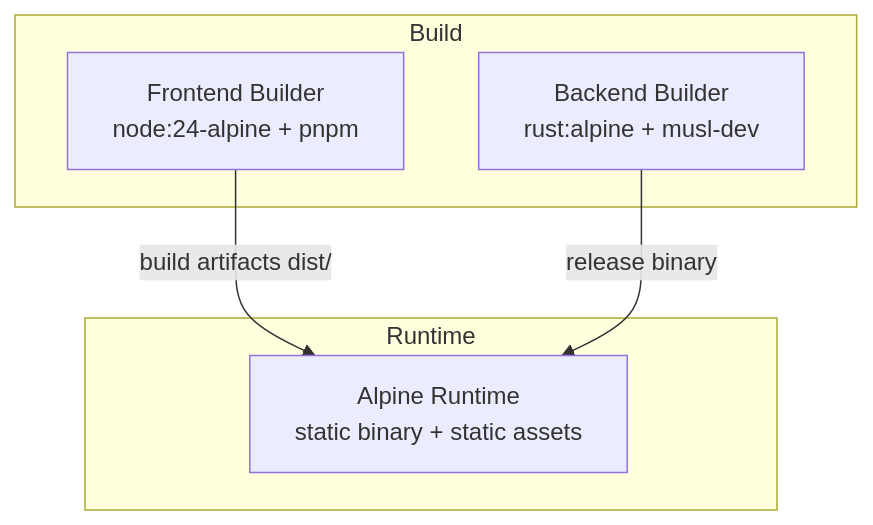
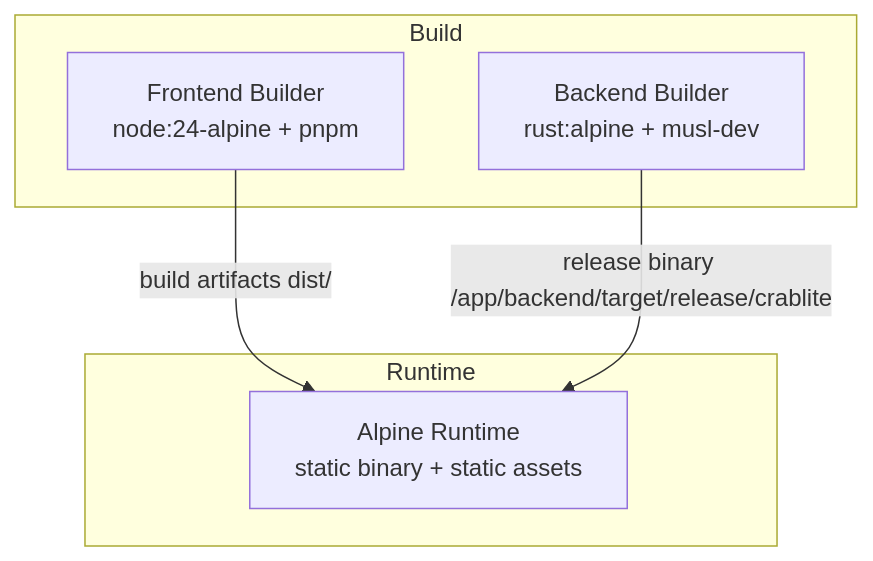
The first of 3 diagrams in .qoder/repowiki/en/content/Deployment & Operations/Docker Deployment.md (sutanto1010/crablite), drawn with Mermaid before and after one commit. The commit also changed other lines of this file and 30 other files, not shown here.

````diff
--- a/.qoder/repowiki/en/content/Deployment & Operations/Docker Deployment.md
+++ b/.qoder/repowiki/en/content/Deployment & Operations/Docker Deployment.md
@@ -42,12 +42,12 @@
 ```mermaid
 graph TB
 subgraph "Build"
 FE["Frontend Builder<br/>node:24-alpine + pnpm"]
 BE["Backend Builder<br/>rust:alpine + musl-dev"]
 end
 subgraph "Runtime"
 RT["Alpine Runtime<br/>static binary + static assets"]
 end
 FE --> |build artifacts dist/| RT
-BE --> |release binary| RT
+BE --> |release binary /app/backend/target/release/crablite| RT
 ```
````
